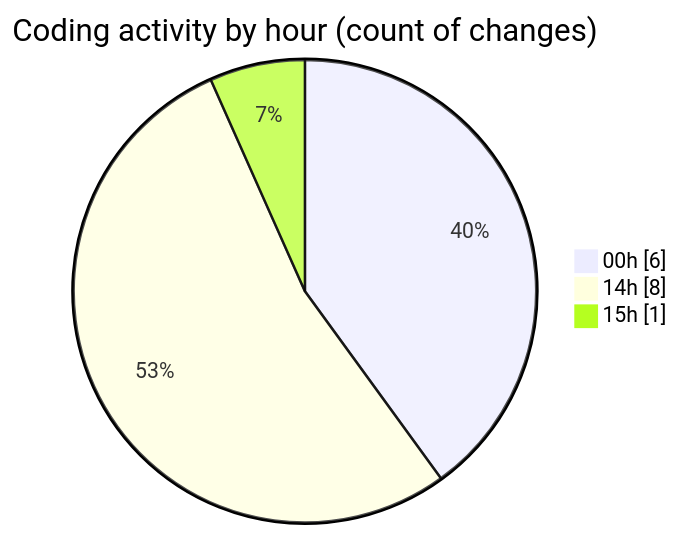
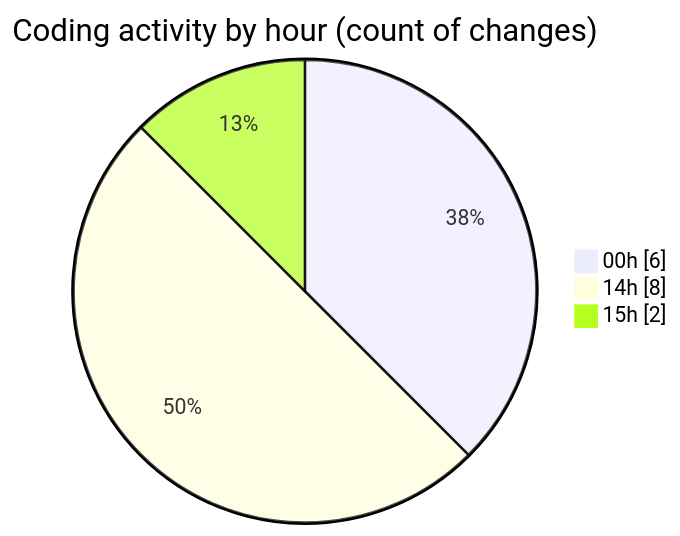
One commit to MatusMokan/code-tracking changed the second of 2 diagrams in 2025-03-15/myws__workspace_/README.md. Above: the diagram before and after it, drawn with Mermaid. The commit also changed other lines of this file and 1 other file, not shown here.

````diff
--- a/2025-03-15/myws__workspace_/README.md
+++ b/2025-03-15/myws__workspace_/README.md
@@ -30,7 +30,7 @@
 ```mermaid
 pie showData
 title Coding activity by hour (count of changes)
 "00h" : 6
 "14h" : 8
-"15h" : 1
+"15h" : 2
 ```
````
